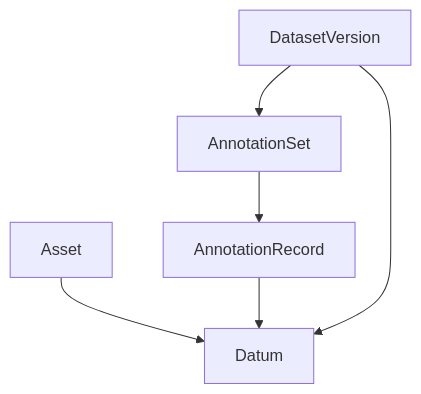
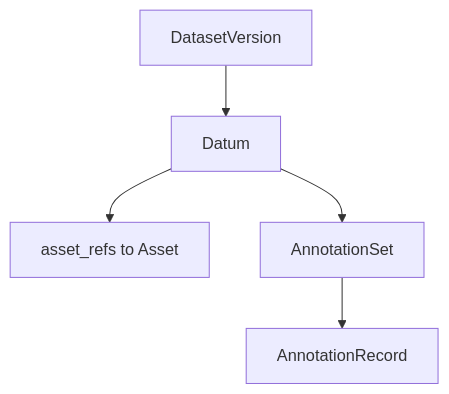
Before and after one commit to Mindtrace/mindtrace: the third of 7 diagrams in docs/datalake-v3-proposal.md, drawn with Mermaid. The commit also changed other lines of this file, not shown here.

````diff
--- a/docs/datalake-v3-proposal.md
+++ b/docs/datalake-v3-proposal.md
@@ -591,8 +594,7 @@
 ```mermaid
 flowchart TD
-    A[Asset] --> D[Datum]
-    AS[AnnotationSet] --> AR[AnnotationRecord]
-    AR --> D
-    DV[DatasetVersion] --> D
-    DV --> AS
+    DV[DatasetVersion] --> D[Datum]
+    D --> ARF[asset_refs to Asset]
+    D --> AS[AnnotationSet]
+    AS --> AR[AnnotationRecord]
 ```
````
